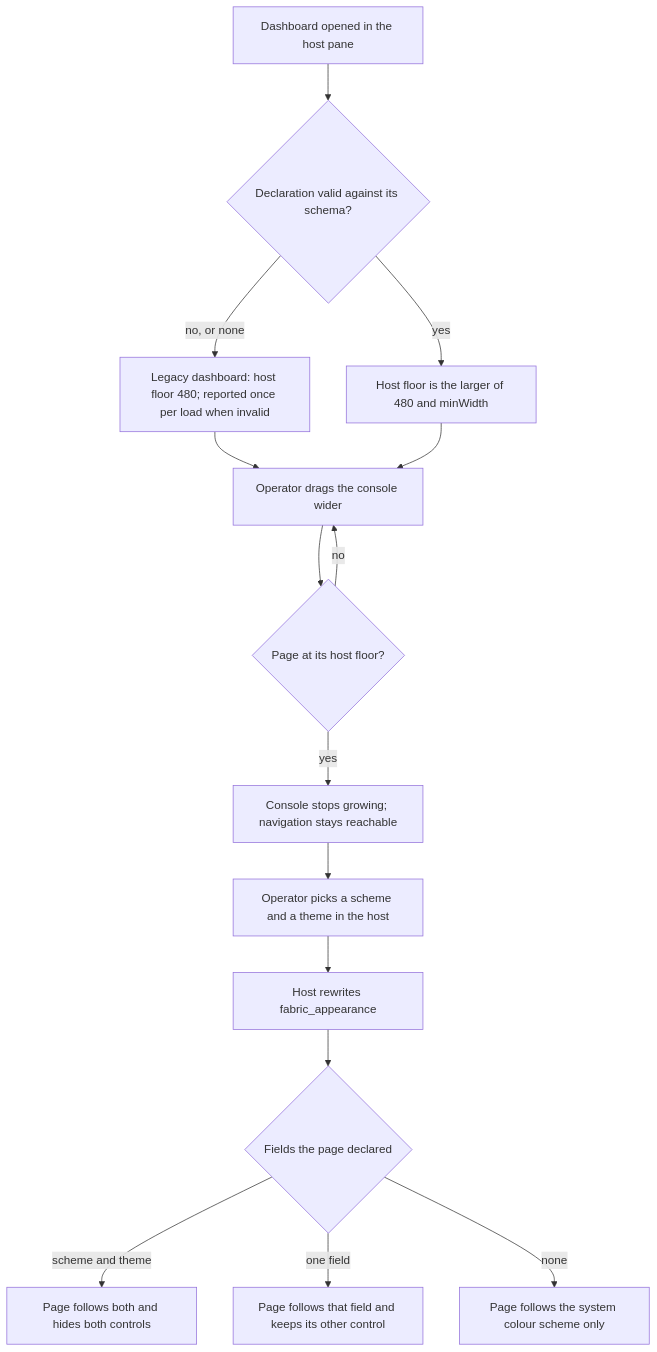
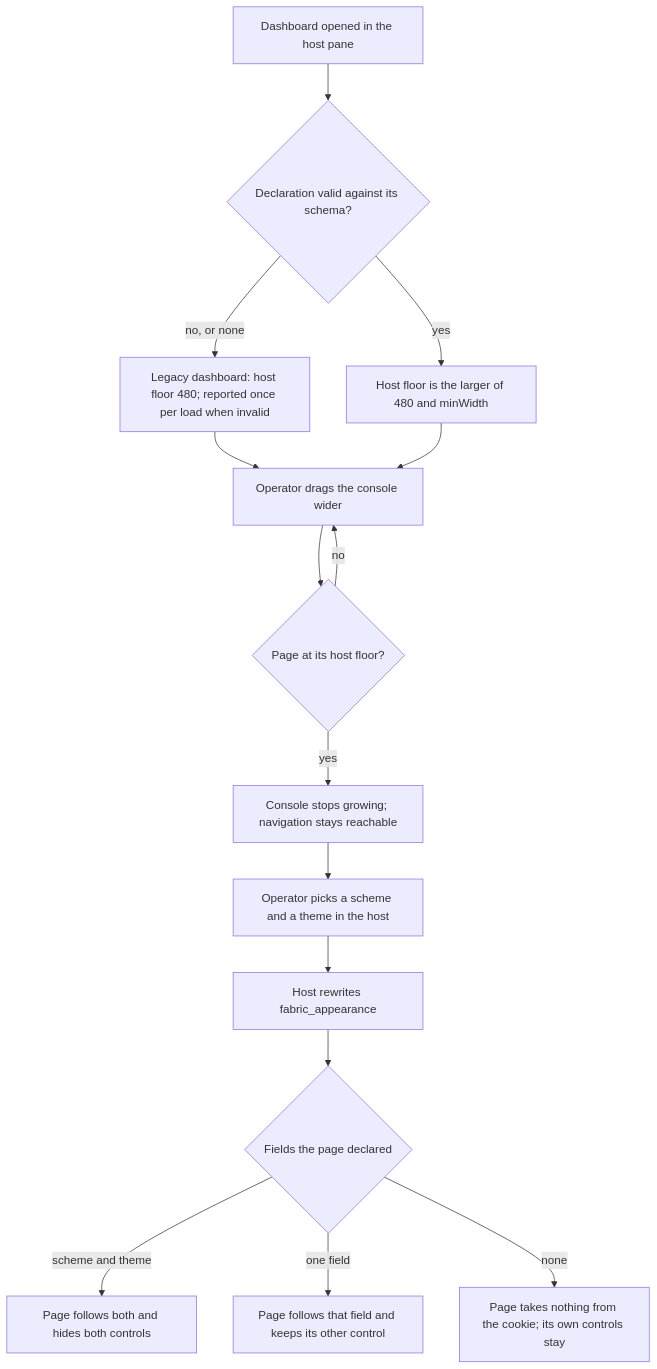
Before and after one commit to passioncode-ai/fabric-agent-contract: diagram 13 of 16 in docs/ux/flows.md, drawn with Mermaid. The commit also changed 15 other files, not shown here.

````diff
--- a/docs/ux/flows.md
+++ b/docs/ux/flows.md
@@ -322,17 +322,17 @@
 ```mermaid
 flowchart TD
   O[Dashboard opened in the host pane] --> V{Declaration valid against its schema?}
   V -->|no, or none| L[Legacy dashboard: host floor 480; reported once per load when invalid]
   V -->|yes| F[Host floor is the larger of 480 and minWidth]
   L --> W[Operator drags the console wider]
   F --> W
   W --> S{Page at its host floor?}
   S -->|no| W
   S -->|yes| X[Console stops growing; navigation stays reachable]
   X --> A[Operator picks a scheme and a theme in the host]
   A --> C[Host rewrites fabric_appearance]
   C --> D{Fields the page declared}
   D -->|scheme and theme| B[Page follows both and hides both controls]
   D -->|one field| H[Page follows that field and keeps its other control]
-  D -->|none| P[Page follows the system colour scheme only]
+  D -->|none| P[Page takes nothing from the cookie; its own controls stay]
 ```
````
